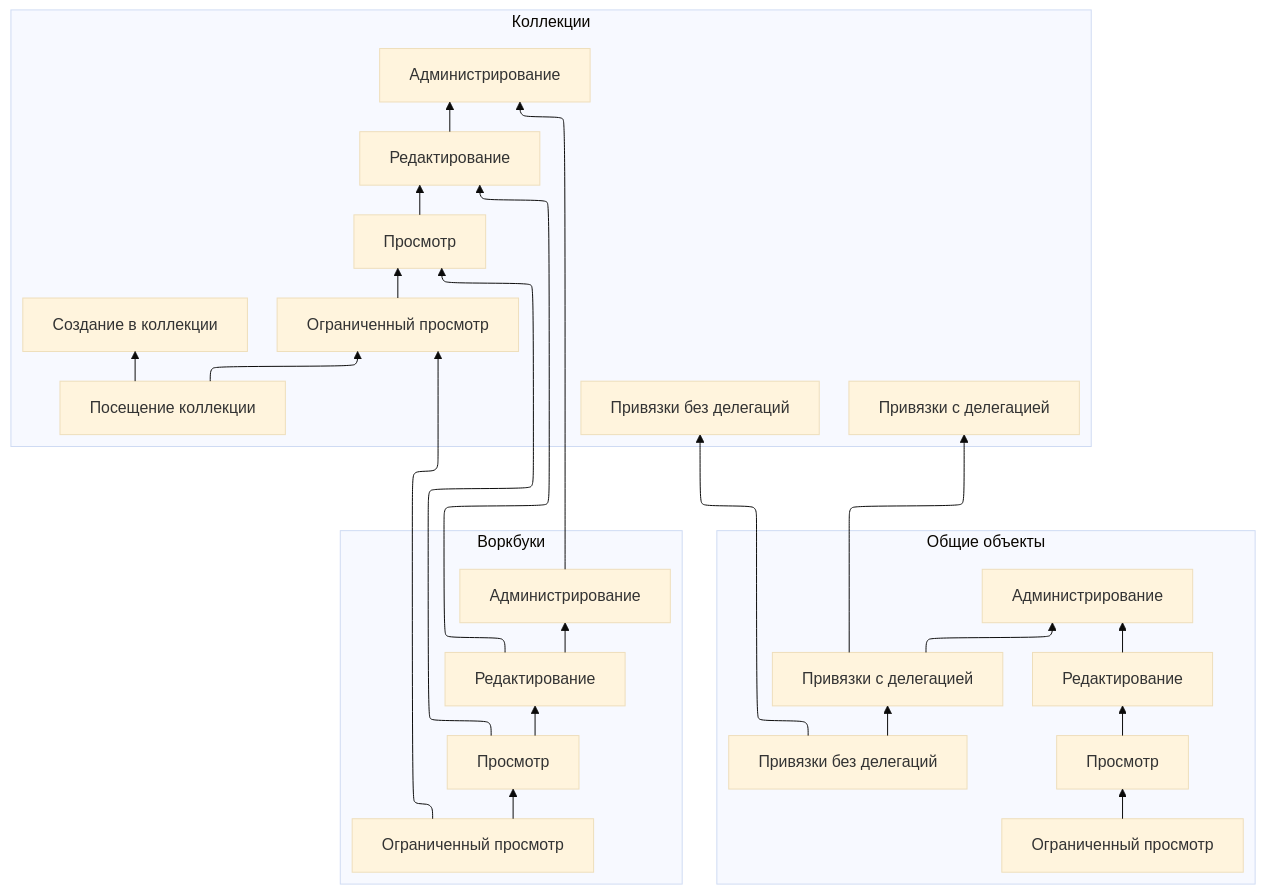
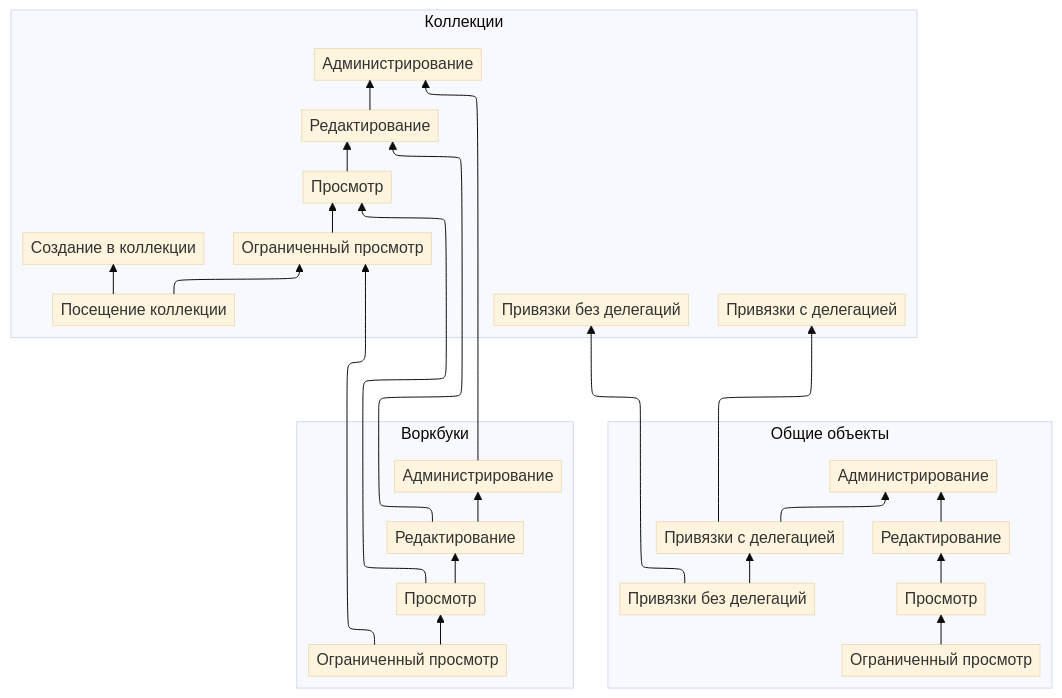
The diagram in ru/_mermaid/roles/datalens-workbooks-collections.md (yandex-cloud/docs), drawn with Mermaid (base theme) before and after one commit. The commit also changed 85 other files, not shown here.

````diff
--- a/ru/_mermaid/roles/datalens-workbooks-collections.md
+++ b/ru/_mermaid/roles/datalens-workbooks-collections.md
@@ -1,37 +1,37 @@
 ```mermaid
-%%{init: {"flowchart": {'defaultRenderer': 'elk'}} }%%
+%%{init: {"flowchart": {'defaultRenderer': 'elk', 'padding': 4}} }%%
 flowchart BT
 
     subgraph sharedEntries["Общие объекты"]
     dl-se-limitedViewer["Ограниченный просмотр"] --> dl-se-viewer["Просмотр"] --> dl-se-editor["Редактирование"]
     dl-se-editor --> dl-se-admin["Администрирование"]
 
     dl-se-limitedEntryBindingCreator["Привязки без делегаций"] --> dl-se-entryBindingCreator["Привязки с делегацией"] --> dl-se-admin
     
     end;
 
     subgraph collections["Коллекции"]
 
         dl-coll-visitor["Посещение коллекции"] --> dl-coll-creator["Создание в коллекции"]
 
     dl-coll-visitor --> dl-coll-limitedViewer["Ограниченный просмотр"] --> dl-coll-viewer["Просмотр"] --> dl-coll-editor["Редактирование"] --> dl-coll-admin["Администрирование"]
 
     dl-coll-limitedEntryBindingCreator["Привязки без делегаций"]
     dl-coll-entryBindingCreator["Привязки с делегацией"]
 
     end;
 
     subgraph workbooks["Воркбуки"]
     dl-wb-limitedViewer["Ограниченный просмотр"] --> dl-wb-viewer["Просмотр"] --> dl-wb-editor["Редактирование"] --> dl-wb-admin["Администрирование"]
     end;
 
     dl-wb-limitedViewer --> dl-coll-limitedViewer
     dl-wb-viewer --> dl-coll-viewer
     dl-wb-editor --> dl-coll-editor
     dl-wb-admin --> dl-coll-admin
 
     dl-se-entryBindingCreator --> dl-coll-entryBindingCreator["Привязки с делегацией"]
 
     dl-se-limitedEntryBindingCreator --> dl-coll-limitedEntryBindingCreator
 
 ```
````
